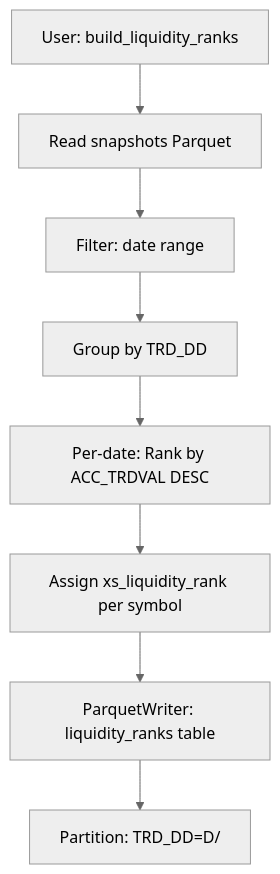
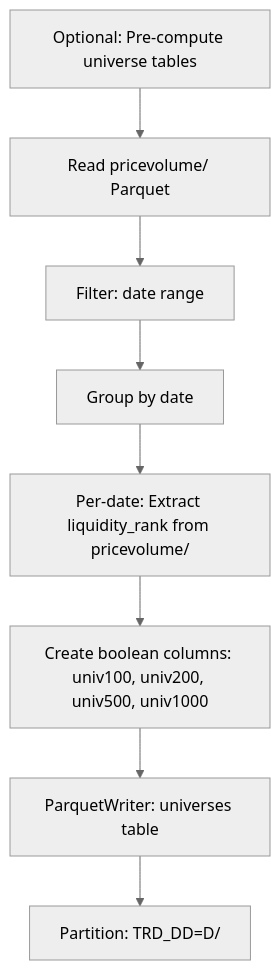
The tenth of 11 diagrams in docs/vibe_coding/architecture.md (jaepil-choi/krx-quant-dataloader), drawn with Mermaid (neutral theme) before and after one commit. The commit also changed other lines of this file and 14 other files, not shown here.

````diff
--- a/docs/vibe_coding/architecture.md
+++ b/docs/vibe_coding/architecture.md
@@ -735,10 +845,10 @@
 ```mermaid
 flowchart TD
-    A[User: build_liquidity_ranks] --> B[Read snapshots Parquet]
+    A[Optional: Pre-compute universe tables] --> B[Read pricevolume/ Parquet]
     B --> C[Filter: date range]
-    C --> D[Group by TRD_DD]
-    D --> E[Per-date: Rank by ACC_TRDVAL DESC]
-    E --> F[Assign xs_liquidity_rank per symbol]
-    F --> G[ParquetWriter: liquidity_ranks table]
+    C --> D[Group by date]
+    D --> E[Per-date: Extract liquidity_rank from pricevolume/]
+    E --> F[Create boolean columns: univ100, univ200, univ500, univ1000]
+    F --> G[ParquetWriter: universes table]
     G --> H[Partition: TRD_DD=D/]
 ```
````
